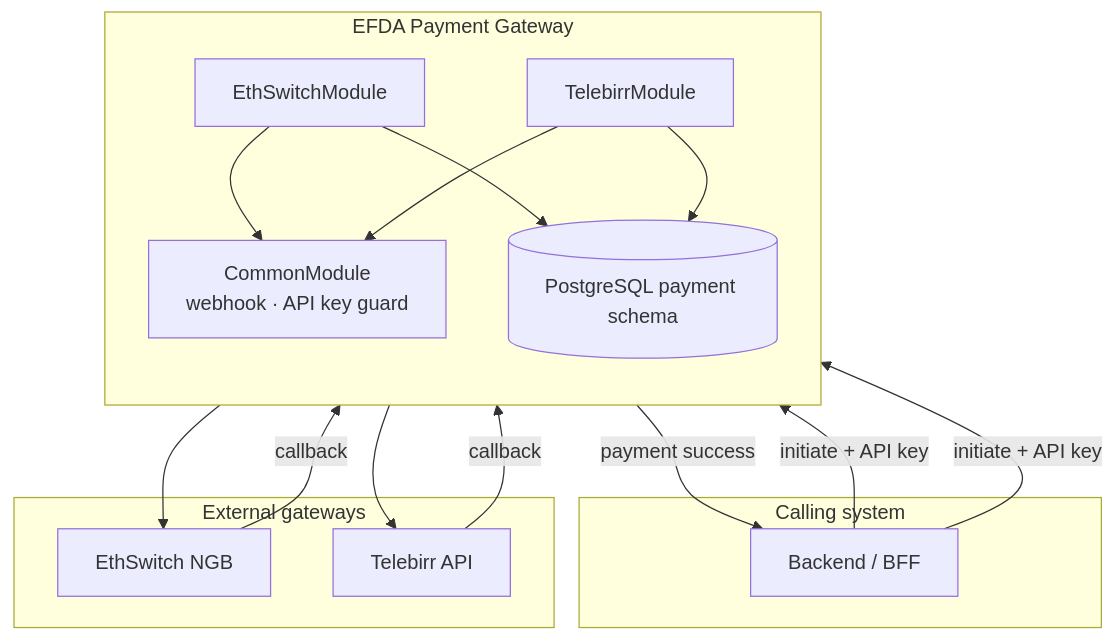
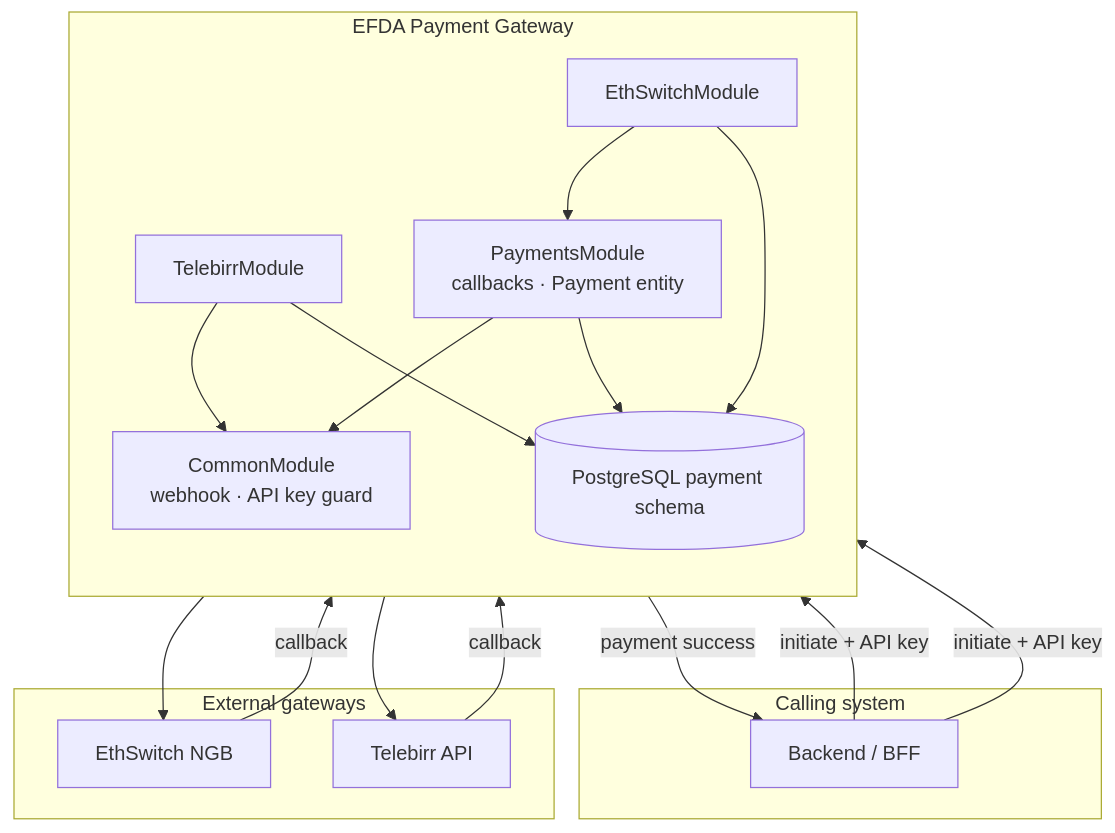
The diagram in docs/architecture.md (WorkuMekuriya/payment-gateway), drawn with Mermaid before and after one commit. The commit also changed other lines of this file and 32 other files, not shown here.

````diff
--- a/docs/architecture.md
+++ b/docs/architecture.md
@@ -47,31 +48,34 @@
 ```mermaid
 flowchart TB
   subgraph Caller["Calling system"]
     BE[Backend / BFF]
   end
 
   subgraph MS["EFDA Payment Gateway"]
     direction TB
     Common[CommonModule<br/>webhook · API key guard]
+    Pay[PaymentsModule<br/>callbacks · Payment entity]
     ES[EthSwitchModule]
     TB[TelebirrModule]
     DB[(PostgreSQL payment schema)]
   end
 
   subgraph Providers["External gateways"]
     NGB[EthSwitch NGB]
     TBR[Telebirr API]
   end
 
   BE -->|initiate + API key| ES
   BE -->|initiate + API key| TB
   ES --> NGB
   TB --> TBR
-  NGB -->|callback| ES
+  NGB -->|callback| Pay
   TBR -->|callback| TB
   ES --> DB
   TB --> DB
-  ES --> Common
+  Pay --> DB
+  ES --> Pay
+  Pay --> Common
   TB --> Common
   Common -->|payment success| BE
 ```
````
